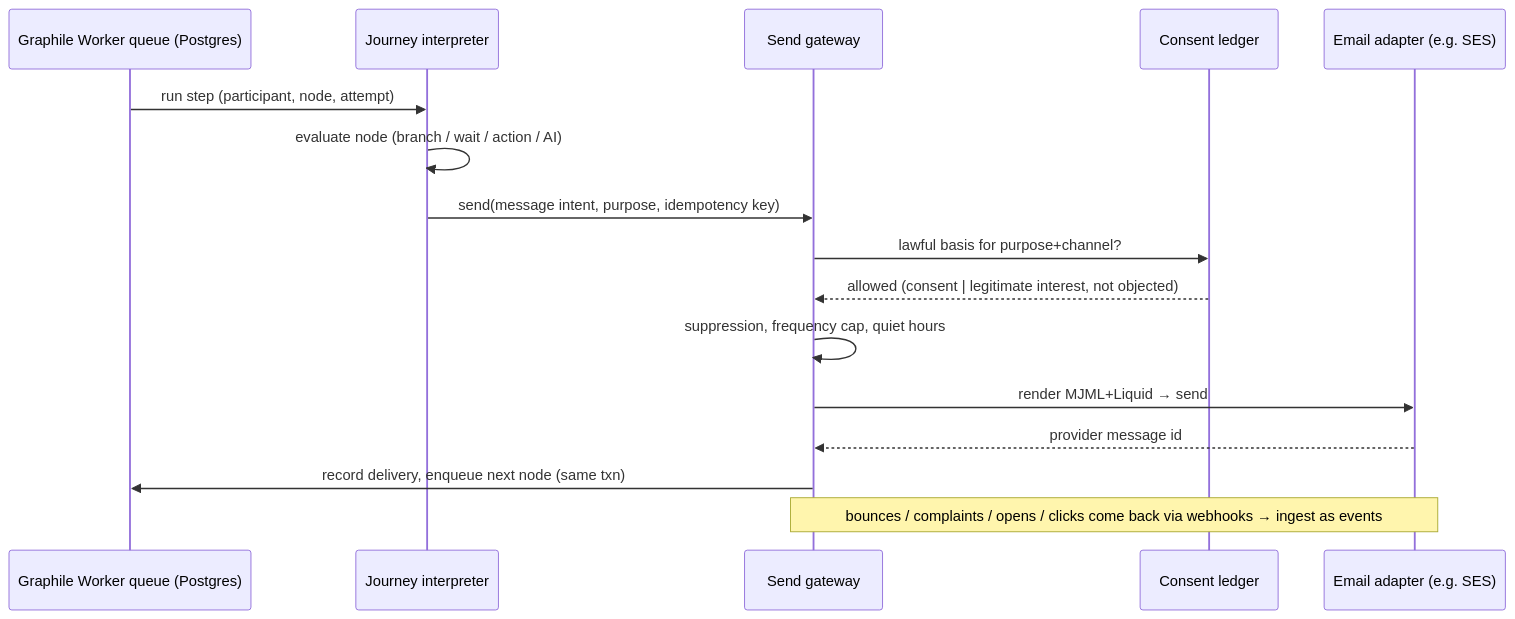
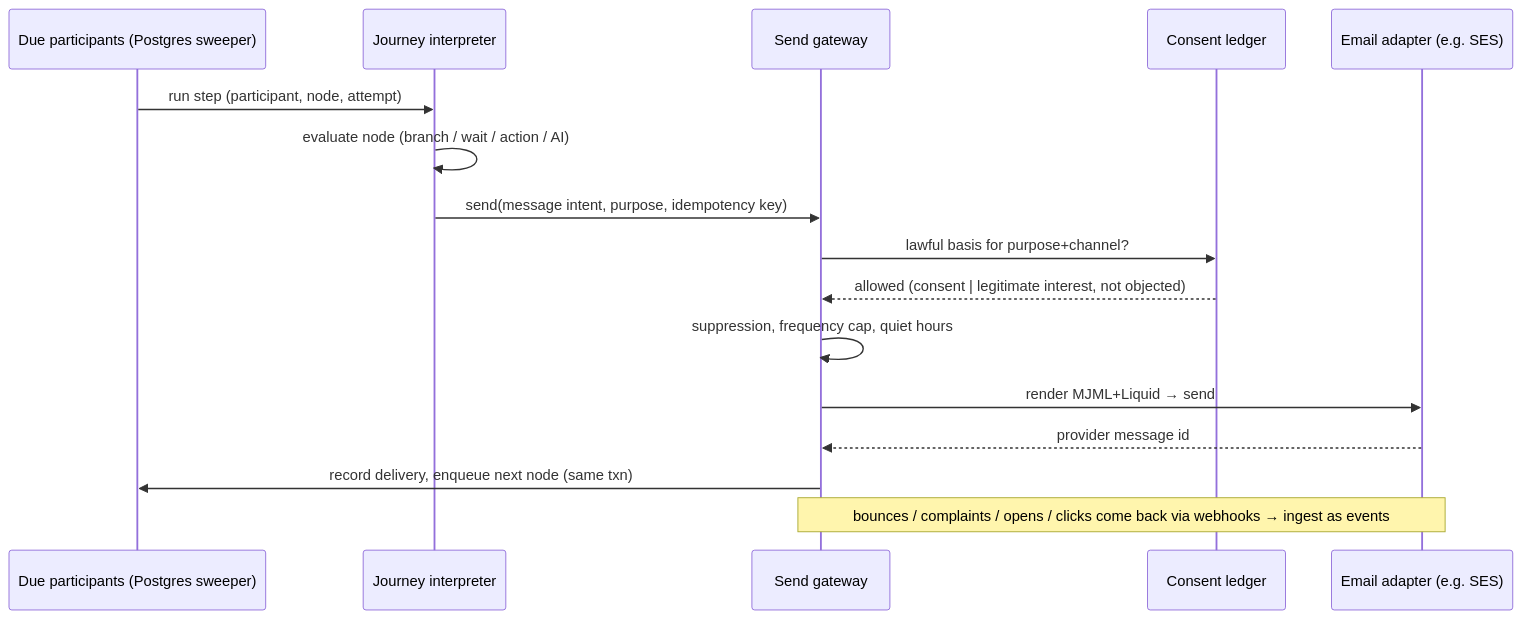
Before and after one commit to TimChr78/Agentic-Marketing: the fourth of 5 diagrams in docs/architecture/overview.md, drawn with Mermaid. The commit also changed 18 other files, not shown here.

First line of the commit message:
Spike 3: journey runtime on Postgres with 1M participants

````diff
--- a/docs/architecture/overview.md
+++ b/docs/architecture/overview.md
@@ -131,19 +131,19 @@
 ```mermaid
 sequenceDiagram
-  participant Q as Graphile Worker queue (Postgres)
+  participant Q as Due participants (Postgres sweeper)
   participant J as Journey interpreter
   participant SG as Send gateway
   participant C as Consent ledger
   participant AD as Email adapter (e.g. SES)
 
   Q->>J: run step (participant, node, attempt)
   J->>J: evaluate node (branch / wait / action / AI)
   J->>SG: send(message intent, purpose, idempotency key)
   SG->>C: lawful basis for purpose+channel?
   C-->>SG: allowed (consent | legitimate interest, not objected)
   SG->>SG: suppression, frequency cap, quiet hours
   SG->>AD: render MJML+Liquid → send
   AD-->>SG: provider message id
   SG->>Q: record delivery, enqueue next node (same txn)
   Note over AD,SG: bounces / complaints / opens / clicks come back via webhooks → ingest as events
 ```
````
